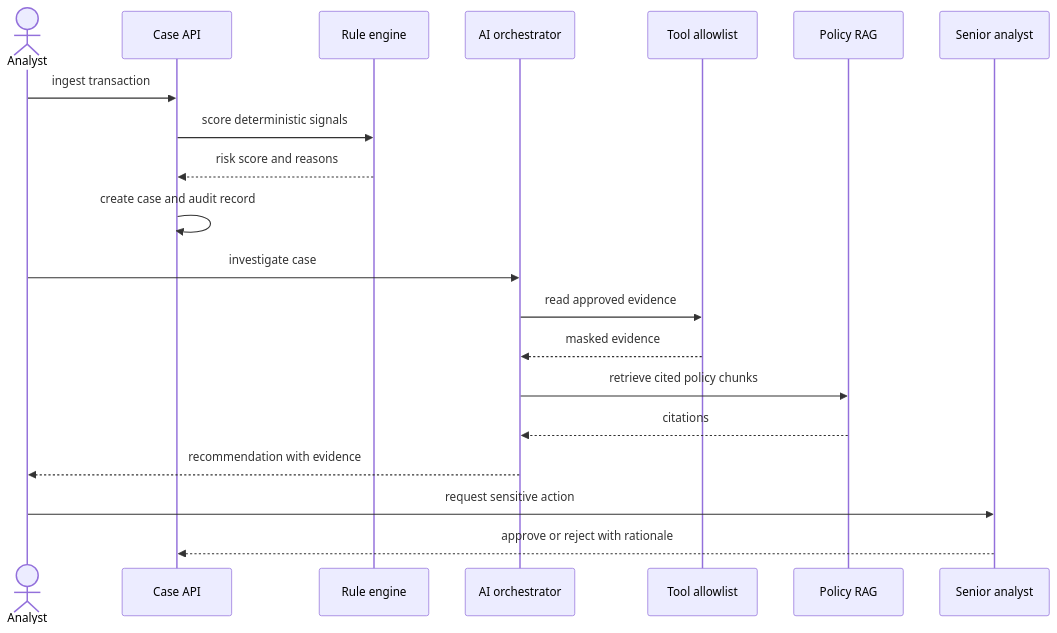
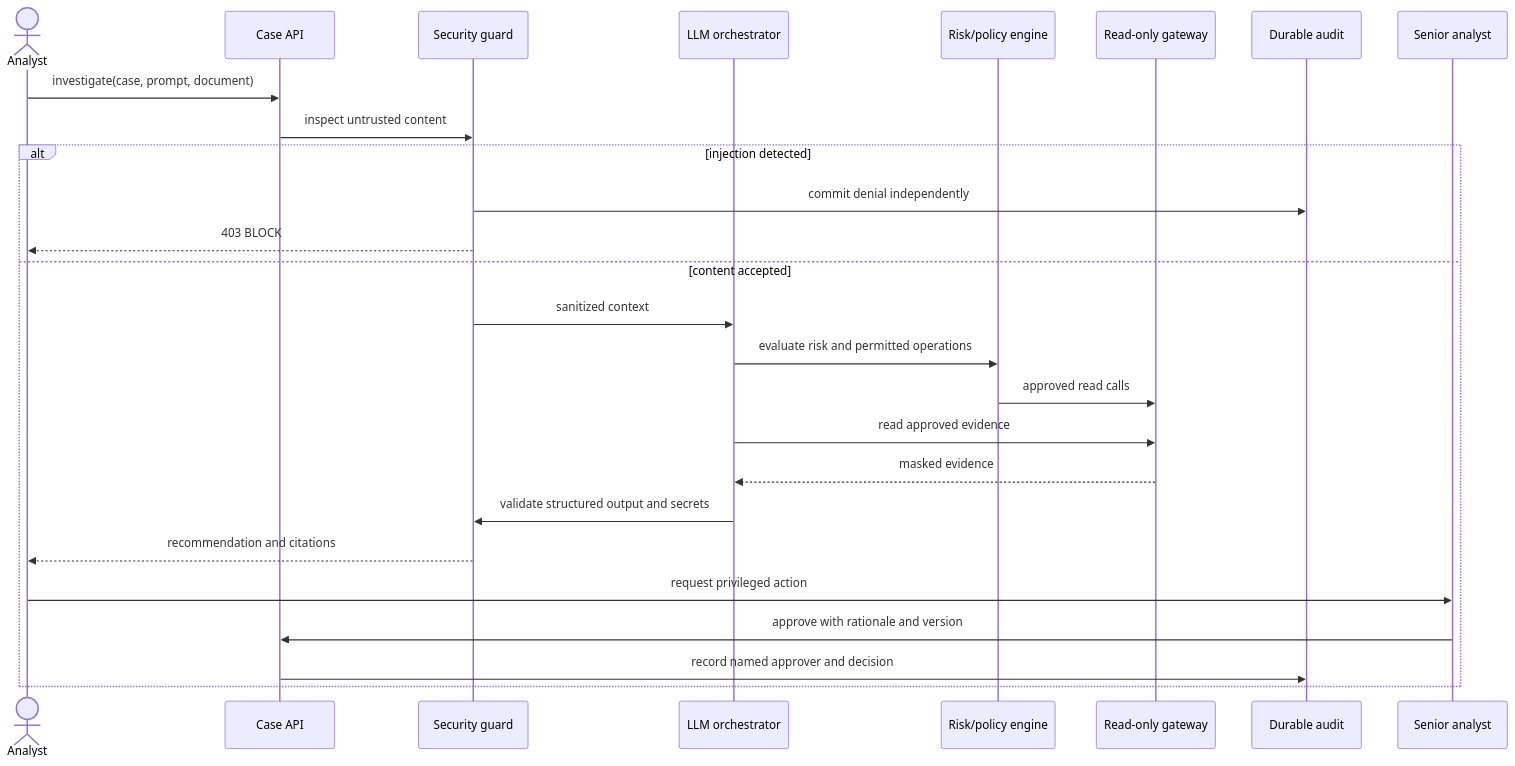
Before and after one commit to thechiranjeevjain/HLD: the second of 5 diagrams in ai-risk-fraud-investigation-assistant/docs/DIAGRAMS.md, drawn with Mermaid. The commit also changed other lines of this file and 11 other files, not shown here.

Commit message:
Secure AI risk analyst against adversarial inputs

````diff
--- a/ai-risk-fraud-investigation-assistant/docs/DIAGRAMS.md
+++ b/ai-risk-fraud-investigation-assistant/docs/DIAGRAMS.md
@@ -24,22 +43,28 @@
 ```mermaid
 sequenceDiagram
     actor Analyst
     participant API as Case API
-    participant Rules as Rule engine
-    participant AI as AI orchestrator
-    participant Tools as Tool allowlist
-    participant RAG as Policy RAG
+    participant Guard as Security guard
+    participant AI as LLM orchestrator
+    participant Policy as Risk/policy engine
+    participant Tools as Read-only gateway
+    participant Audit as Durable audit
     participant Senior as Senior analyst
-    Analyst->>API: ingest transaction
-    API->>Rules: score deterministic signals
-    Rules-->>API: risk score and reasons
-    API->>API: create case and audit record
-    Analyst->>AI: investigate case
+    Analyst->>API: investigate(case, prompt, document)
+    API->>Guard: inspect untrusted content
+    alt injection detected
+        Guard->>Audit: commit denial independently
+        Guard-->>Analyst: 403 BLOCK
+    else content accepted
+    Guard->>AI: sanitized context
+    AI->>Policy: evaluate risk and permitted operations
+    Policy->>Tools: approved read calls
     AI->>Tools: read approved evidence
     Tools-->>AI: masked evidence
-    AI->>RAG: retrieve cited policy chunks
-    RAG-->>AI: citations
-    AI-->>Analyst: recommendation with evidence
-    Analyst->>Senior: request sensitive action
-    Senior-->>API: approve or reject with rationale
+    AI->>Guard: validate structured output and secrets
+    Guard-->>Analyst: recommendation and citations
+    Analyst->>Senior: request privileged action
+    Senior->>API: approve with rationale and version
+    API->>Audit: record named approver and decision
+    end
 ```
````
